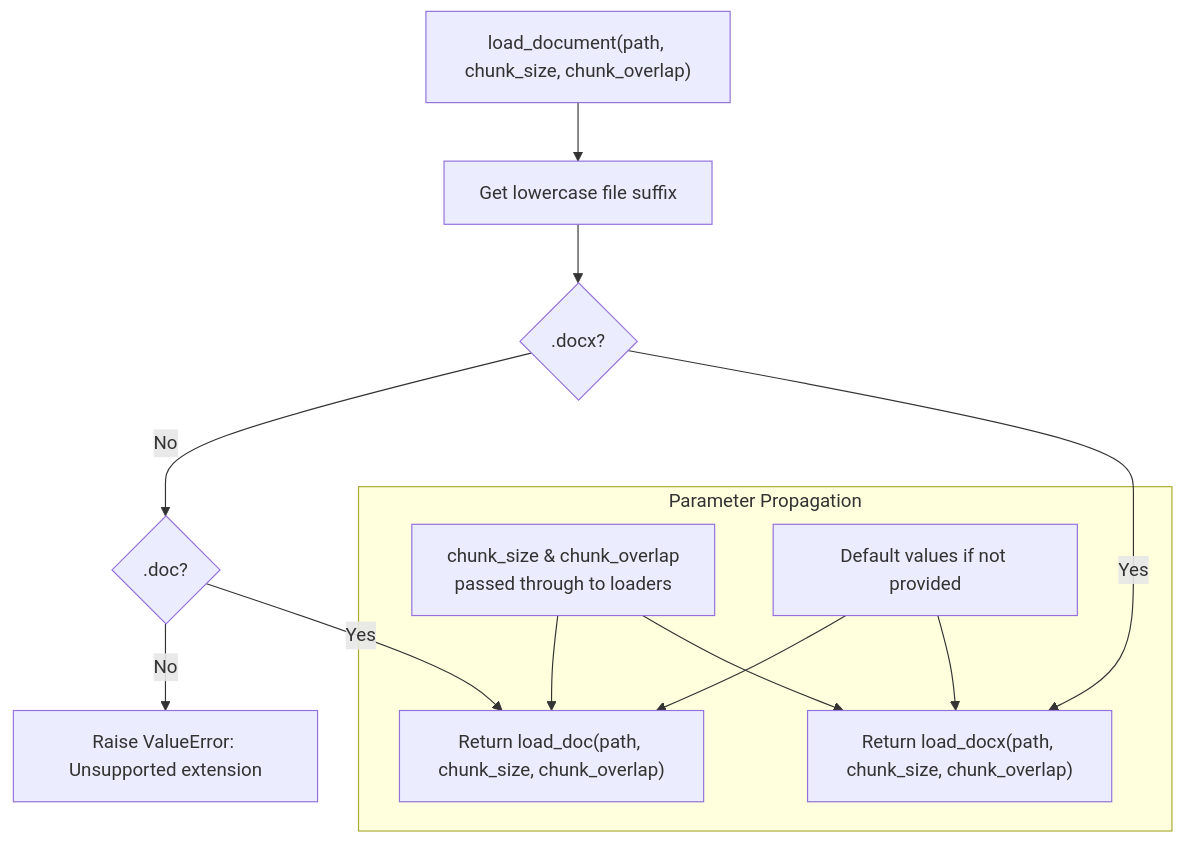
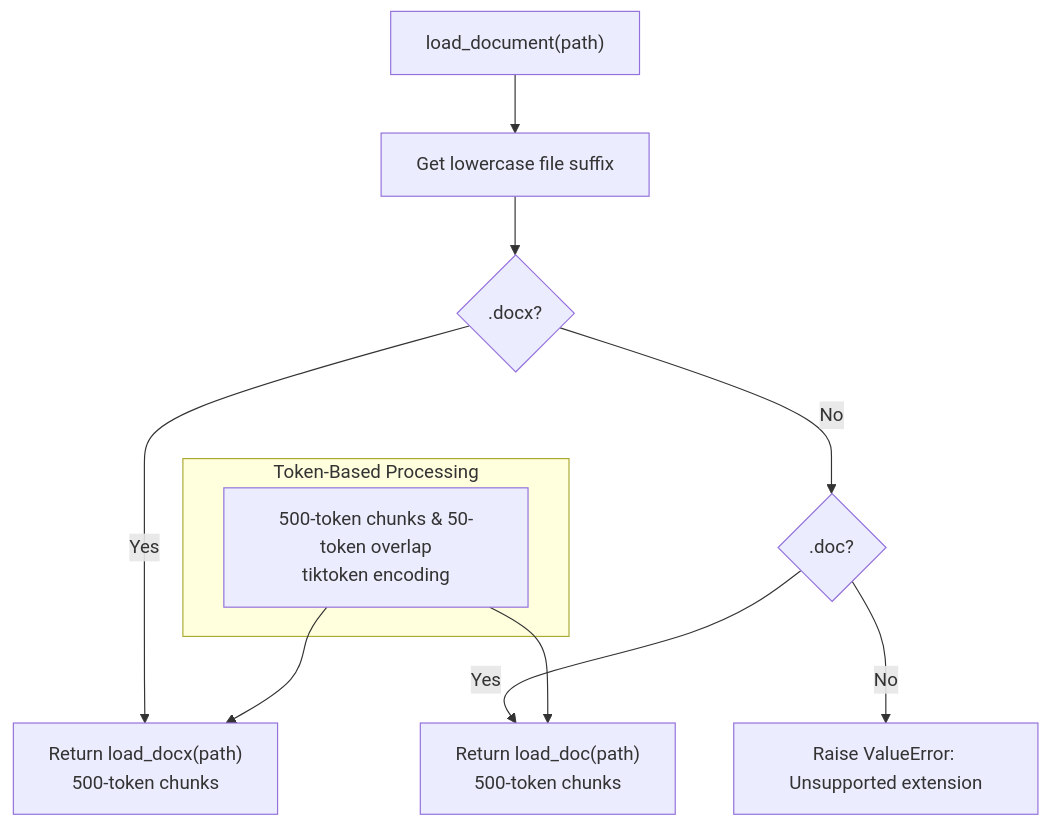
One commit to ognelis/cafetera_hr_bot changed the fifth of 13 diagrams in .qoder/repowiki/en/content/RAG Integration/RAG Parser Enhancement.md. Above: the diagram before and after it, drawn with Mermaid. The commit also changed other lines of this file and 8 other files, not shown here.

````diff
--- a/.qoder/repowiki/en/content/RAG Integration/RAG Parser Enhancement.md
+++ b/.qoder/repowiki/en/content/RAG Integration/RAG Parser Enhancement.md
@@ -272,17 +269,14 @@
 ```mermaid
 flowchart TD
-StartDispatch["load_document(path, chunk_size, chunk_overlap)"] --> GetSuffix["Get lowercase file suffix"]
+StartDispatch["load_document(path)"] --> GetSuffix["Get lowercase file suffix"]
 GetSuffix --> CheckDocx{".docx?"}
-CheckDocx --> |Yes| RouteDocx["Return load_docx(path, chunk_size, chunk_overlap)"]
+CheckDocx --> |Yes| RouteDocx["Return load_docx(path)<br/>500-token chunks"]
 CheckDocx --> |No| CheckDoc{".doc?"}
-CheckDoc --> |Yes| RouteDoc["Return load_doc(path, chunk_size, chunk_overlap)"]
+CheckDoc --> |Yes| RouteDoc["Return load_doc(path)<br/>500-token chunks"]
 CheckDoc --> |No| RaiseError["Raise ValueError: Unsupported extension"]
-subgraph "Parameter Propagation"
-Params["chunk_size & chunk_overlap<br/>passed through to loaders"]
-Defaults["Default values if not provided"]
+subgraph "Token-Based Processing"
+Params["500-token chunks & 50-token overlap<br/>tiktoken encoding"]
+end
 Params --> RouteDocx
 Params --> RouteDoc
-Defaults --> RouteDocx
-Defaults --> RouteDoc
-end
 ```
````
